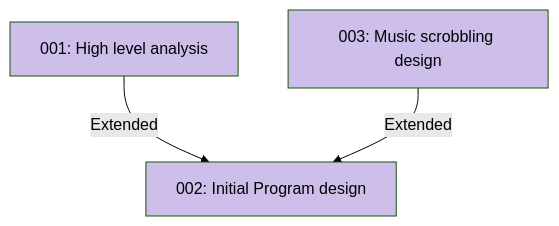
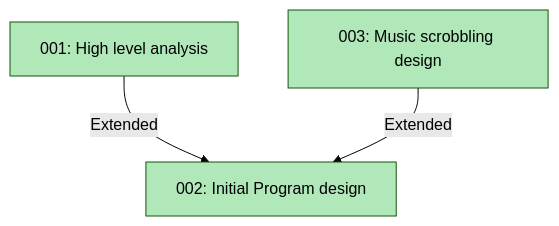
Before and after one commit to lyz-code/pyscrobbler: the diagram in docs/adr/adr.md, drawn with Mermaid (forest theme). The commit also changed 16 other files, not shown here.

````diff
--- a/docs/adr/adr.md
+++ b/docs/adr/adr.md
@@ -5,24 +5,24 @@
 ```mermaid
 graph TD
     001[001: High level analysis]
     002[002: Initial Program design]
     003[003: Music scrobbling design]
 
     001 -- Extended --> 002
     003 -- Extended --> 002
 
     click 001 "https://lyz-code.github.io/pyscrobbler/adr/001-high_level_problem_analysis" _blank
     click 002 "https://lyz-code.github.io/pyscrobbler/adr/002-initial_plugin_design" _blank
     click 003 "https://lyz-code.github.io/pyscrobbler/adr/003-music_scrobbling_design.md" _blank
 
-    001:::draft
-    002:::draft
-    003:::draft
+    001:::accepted
+    002:::accepted
+    003:::accepted
 
     classDef draft fill:#CDBFEA;
     classDef proposed fill:#B1CCE8;
     classDef accepted fill:#B1E8BA;
     classDef rejected fill:#E8B1B1;
     classDef deprecated fill:#E8B1B1;
     classDef superseeded fill:#E8E5B1;
 ```
````
